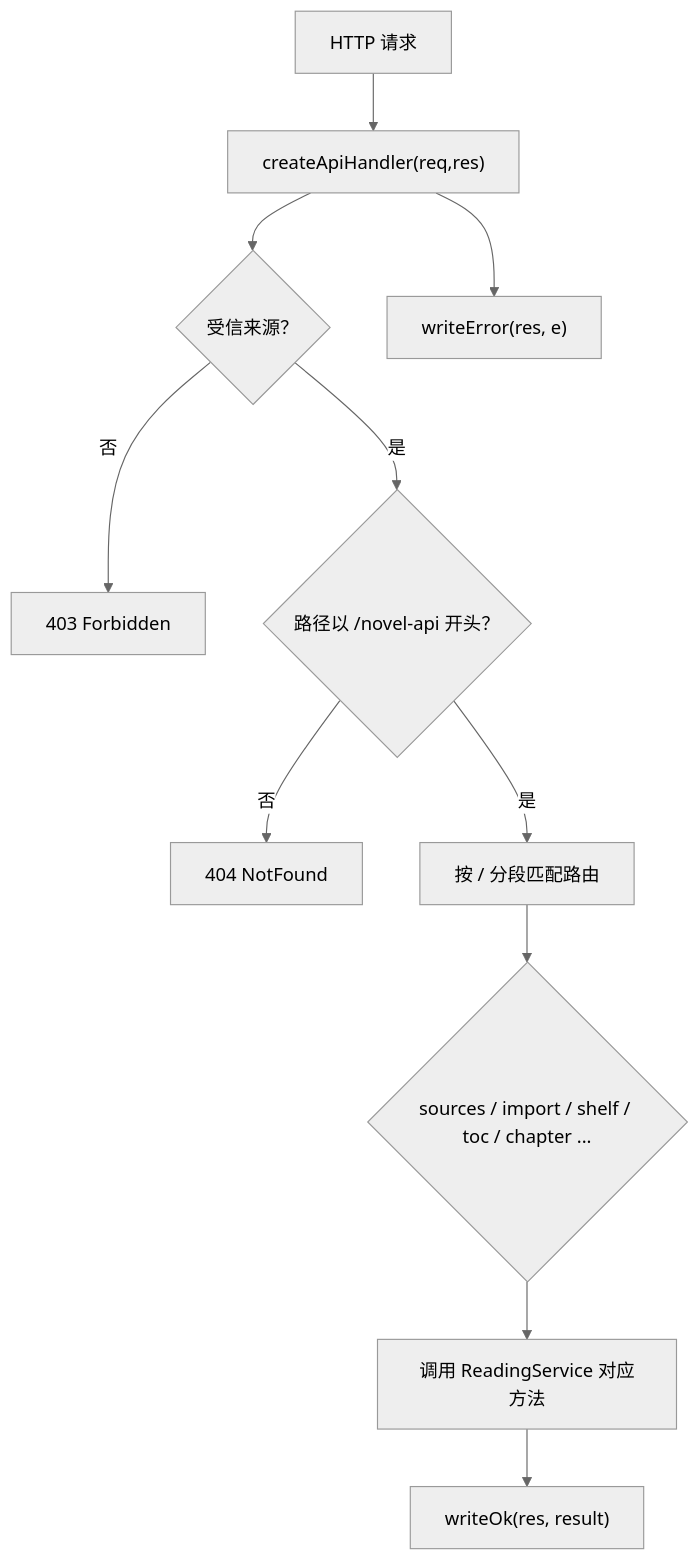
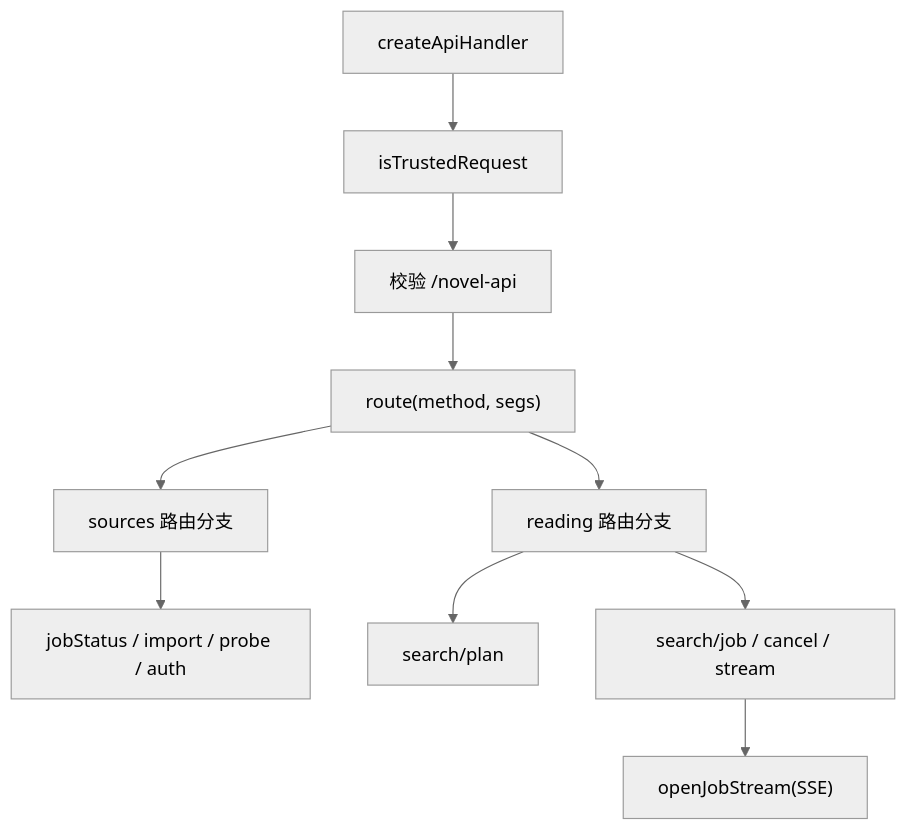
Before and after one commit to xrn1997/dsh-novel: the sixth of 9 diagrams in .qoder/repowiki/zh/content/架构总览.md, drawn with Mermaid (neutral theme). The commit also changed other lines of this file and 73 other files, not shown here.

````diff
--- a/.qoder/repowiki/zh/content/架构总览.md
+++ b/.qoder/repowiki/zh/content/架构总览.md
@@ -239,13 +255,12 @@
 ```mermaid
 flowchart TD
-  Req["HTTP 请求"] --> Handler["createApiHandler(req,res)"]
-  Handler --> Trusted{"受信来源？"}
-  Trusted -->|否| Forbidden["403 Forbidden"]
-  Trusted -->|是| Prefix{"路径以 /novel-api 开头？"}
-  Prefix -->|否| NotFound["404 NotFound"]
-  Prefix -->|是| Segs["按 / 分段匹配路由"]
-  Segs --> Branch{"sources / import / shelf / toc / chapter ..."}
-  Branch --> Service["调用 ReadingService 对应方法"]
-  Service --> Ok["writeOk(res, result)"]
-  Handler --> Err["writeError(res, e)"]
+  Handler["createApiHandler"] --> CheckTrust["isTrustedRequest"]
+  CheckTrust --> ParsePrefix["校验 /novel-api"]
+  ParsePrefix --> Route["route(method, segs)"]
+  Route --> Sources["sources 路由分支"]
+  Route --> Reading["reading 路由分支"]
+  Sources --> JobStatus["jobStatus / import / probe / auth"]
+  Reading --> SearchPlan["search/plan"]
+  Reading --> SearchJob["search/job / cancel / stream"]
+  SearchJob --> OpenStream["openJobStream(SSE)"]
 ```
````
